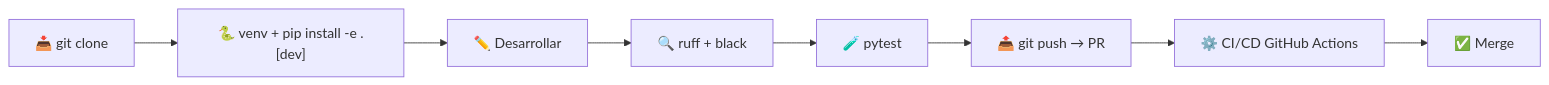
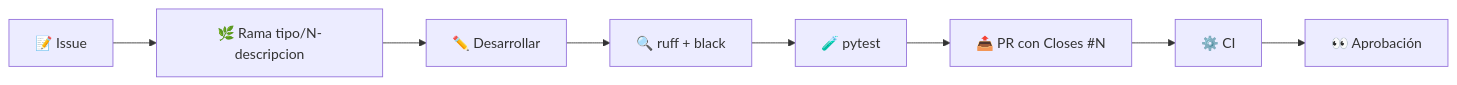
One commit to Ka0s-Klaus/klaus-proxy-local changed the diagram in docs/setup.md. Above: the diagram before and after it, drawn with Mermaid. The commit also changed other lines of this file and 37 other files, not shown here.

````diff
--- a/docs/setup.md
+++ b/docs/setup.md
@@ -118,10 +80,10 @@
 ```mermaid
 flowchart LR
-    Clone["📥 git clone"] --> Venv["🐍 venv + pip install -e .[dev]"]
-    Venv --> Dev["✏️ Desarrollar"]
+    Issue["📝 Issue"] --> Branch["🌿 Rama tipo/N-descripcion"]
+    Branch --> Dev["✏️ Desarrollar"]
     Dev --> Lint["🔍 ruff + black"]
     Lint --> Test["🧪 pytest"]
-    Test --> PR["📤 git push → PR"]
-    PR --> CI["⚙️ CI/CD GitHub Actions"]
-    CI --> Merge["✅ Merge"]
+    Test --> PR["📤 PR con Closes #N"]
+    PR --> CI["⚙️ CI"]
+    CI --> Review["👀 Aprobación"]
 ```
````
